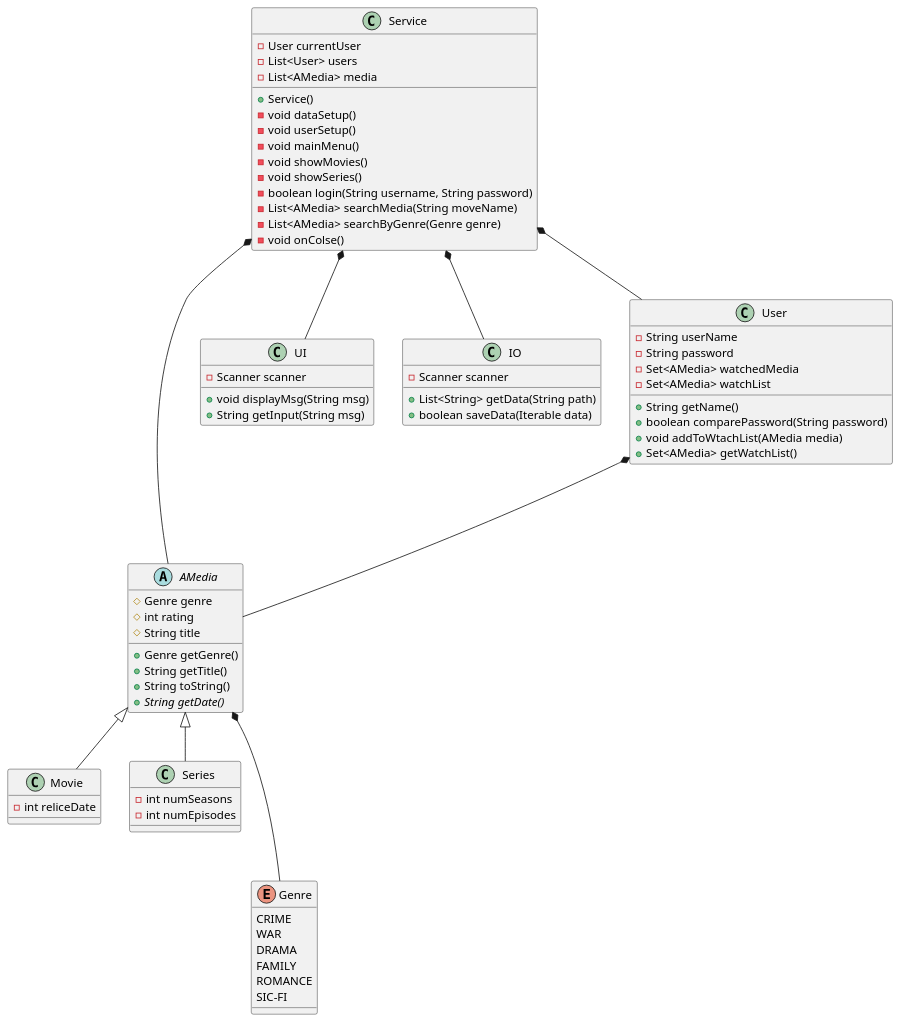
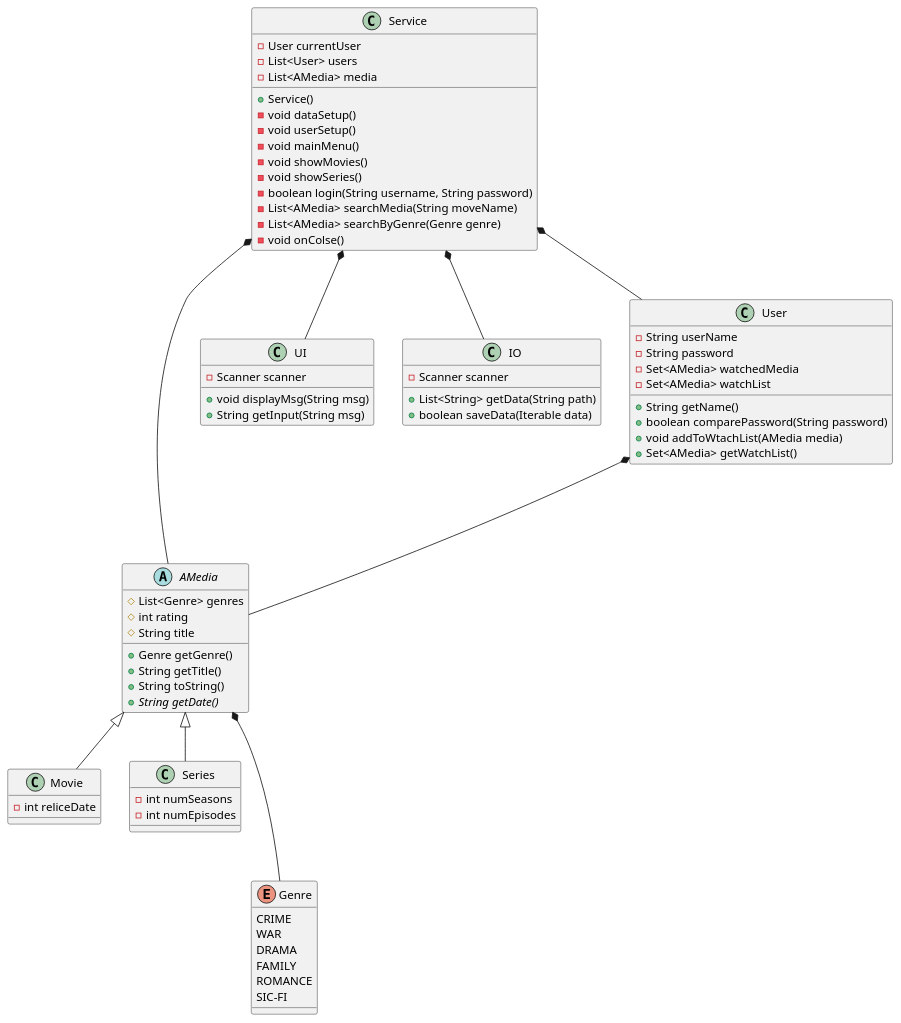
One commit to Laumh-exe/sp3 changed the diagram in doc/classDiagra.puml. Above: the diagram before and after it, drawn with PlantUML.

```diff
--- a/doc/classDiagra.puml
+++ b/doc/classDiagra.puml
@@ -1,90 +1,90 @@
 @startuml
 abstract class AMedia{
-	# Genre genre
+	# List<Genre> genres
 	# int rating
     # String title
 
     + Genre getGenre()
     + String getTitle()
     + String toString()
     {abstract} + String getDate()
 }
 
 class Movie{
 	- int reliceDate
 }
 
 class Series{
 	- int numSeasons
 	- int numEpisodes	
 }
 
 class UI {
     - Scanner scanner
 	+ void displayMsg(String msg)
 	+ String getInput(String msg)
 }
 
 class IO{
     - Scanner scanner
 	+ List<String> getData(String path)
 	+ boolean saveData(Iterable data)
 }
 
 class User{
     - String userName
     - String password
     - Set<AMedia> watchedMedia
     - Set<AMedia> watchList
     + String getName()
     + boolean comparePassword(String password)
     + void addToWtachList(AMedia media)
     + Set<AMedia> getWatchList()
 }
 
 class Service{
     - User currentUser
 	- List<User> users
 	- List<AMedia> media
 	
     + Service()
     - void dataSetup()
     - void userSetup()
     - void mainMenu() 
     - void showMovies()
     - void showSeries()
 	- boolean login(String username, String password)
     - List<AMedia> searchMedia(String moveName)
     - List<AMedia> searchByGenre(Genre genre)
     - void onColse()
 }
 note left of Service::setup
     userlogin / create user
 end note
 
 note left of Service::mainMainu
     This is the main loop of the programSS
 end note
 
 enum Genre{
     CRIME
     WAR
     DRAMA
     FAMILY
     ROMANCE
     SIC-FI
 }
 
 Service *-- AMedia
 Service *-- User
 Service *-- UI
 Service *-- IO
 
 AMedia *--- Genre
 
 User *--- AMedia
 
 
 AMedia <|-- Movie
 AMedia <|-- Series
 @enduml
```
